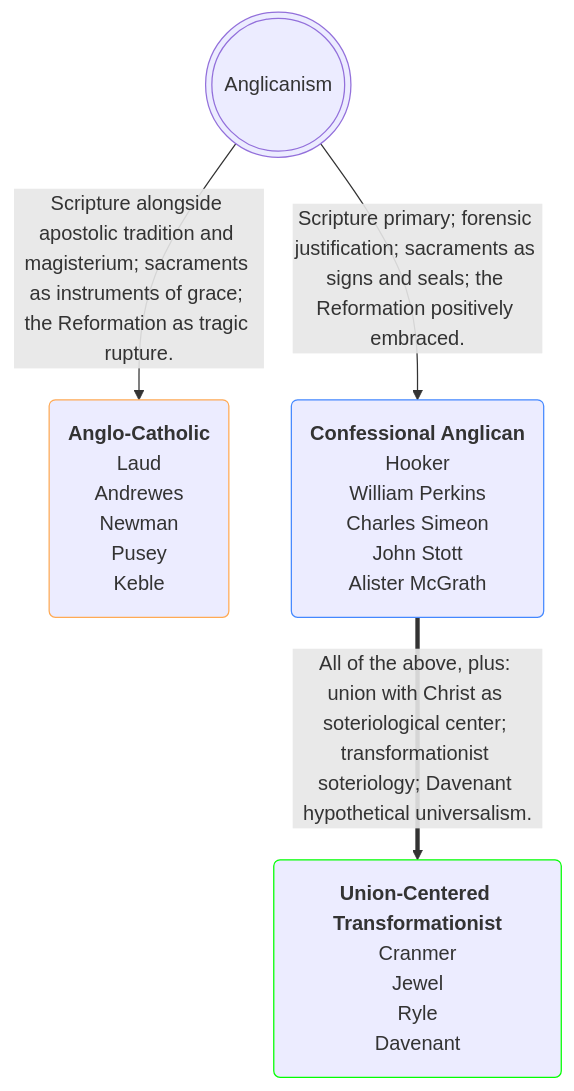
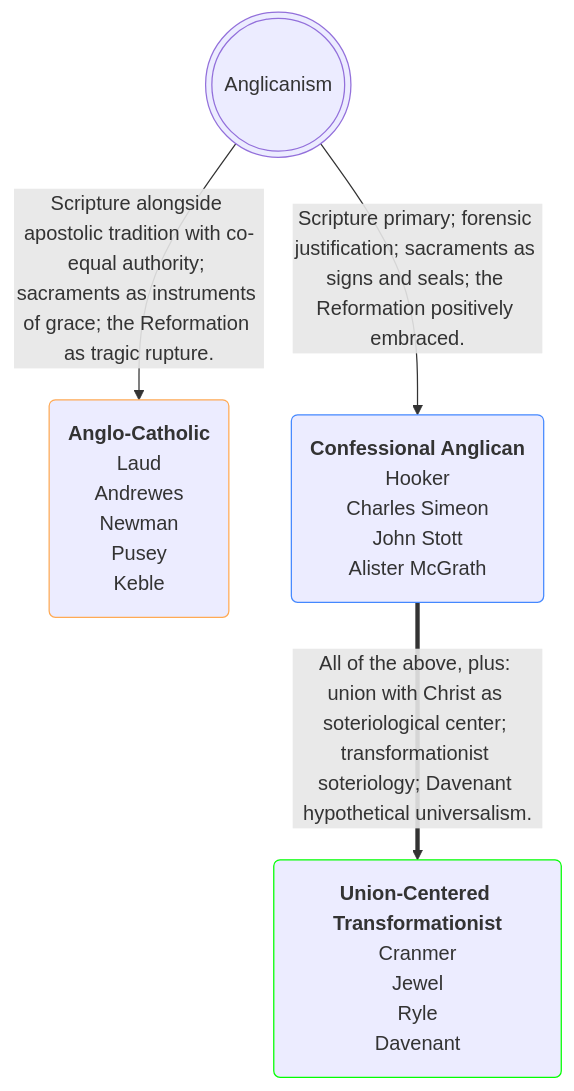
Before and after one commit to OrdoLuminis/ordoluminis.github.io: the first of 2 diagrams in _posts/2026-03-27-confessional-transformationist-anglo-catholic.markdown, drawn with Mermaid. The commit also changed other lines of this file, not shown here.

````diff
--- a/_posts/2026-03-27-confessional-transformationist-anglo-catholic.markdown
+++ b/_posts/2026-03-27-confessional-transformationist-anglo-catholic.markdown
@@ -44,10 +44,10 @@
 ```mermaid
 flowchart TD
     A(((Anglicanism)))
-    A -->|Scripture alongside apostolic tradition and magisterium; sacraments as instruments of grace; the Reformation as tragic rupture.| B(<strong>Anglo-Catholic</strong><br>Laud<br>Andrewes<br>Newman<br>Pusey<br>Keble):::orange
-    A -->|Scripture primary; forensic justification; sacraments as signs and seals; the Reformation positively embraced.| C(<strong>Confessional Anglican</strong><br>Hooker<br>William Perkins<br>Charles Simeon<br>John Stott<br>Alister McGrath):::blue
+    A -->|Scripture alongside apostolic tradition with co-equal authority; sacraments as instruments of grace; the Reformation as tragic rupture.| B(<strong>Anglo-Catholic</strong><br>Laud<br>Andrewes<br>Newman<br>Pusey<br>Keble):::orange
+    A -->|Scripture primary; forensic justification; sacraments as signs and seals; the Reformation positively embraced.| C(<strong>Confessional Anglican</strong><br>Hooker<br>Charles Simeon<br>John Stott<br>Alister McGrath):::blue
     C ==>|All of the above, plus: union with Christ as soteriological center; transformationist soteriology; Davenant hypothetical universalism.| D(<strong>Union-Centered Transformationist</strong><br>Cranmer<br>Jewel<br>Ryle<br>Davenant):::green
     classDef green stroke:#0f0
     classDef orange stroke:#fa5
     classDef blue stroke:#48f
 ```
````
